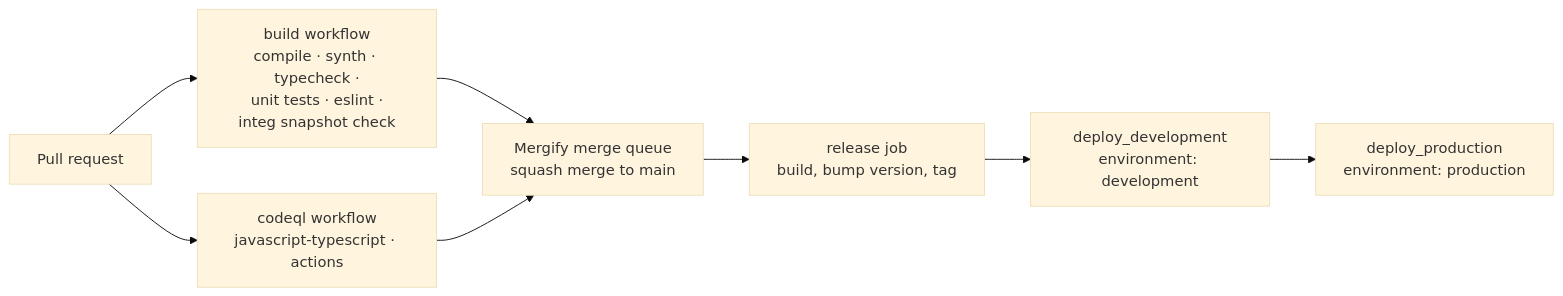
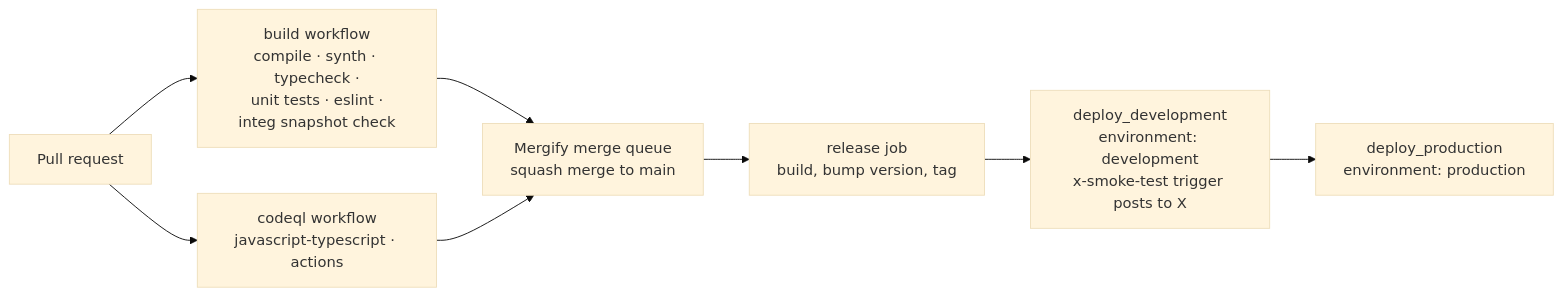
One commit to daveshepherd/river-levels changed the fourth of 4 diagrams in docs/infrastructure.md. Above: the diagram before and after it, drawn with Mermaid (base theme). The commit also changed other lines of this file and 17 other files, not shown here.

First line of the commit message:
feat(notifications-stack): smoke test posting to X on each development deploy (#590)

````diff
--- a/docs/infrastructure.md
+++ b/docs/infrastructure.md
@@ -382,9 +396,9 @@
 ```mermaid
 flowchart LR
   pr["Pull request"] --> build["build workflow<br/>compile · synth · typecheck ·<br/>unit tests · eslint ·<br/>integ snapshot check"]
   pr --> codeql["codeql workflow<br/>javascript-typescript · actions"]
   build & codeql --> merge["Mergify merge queue<br/>squash merge to main"]
   merge --> release["release job<br/>build, bump version, tag"]
-  release --> dev["deploy_development<br/>environment: development"]
+  release --> dev["deploy_development<br/>environment: development<br/>x-smoke-test trigger posts to X"]
   dev --> prod["deploy_production<br/>environment: production"]
 ```
````
